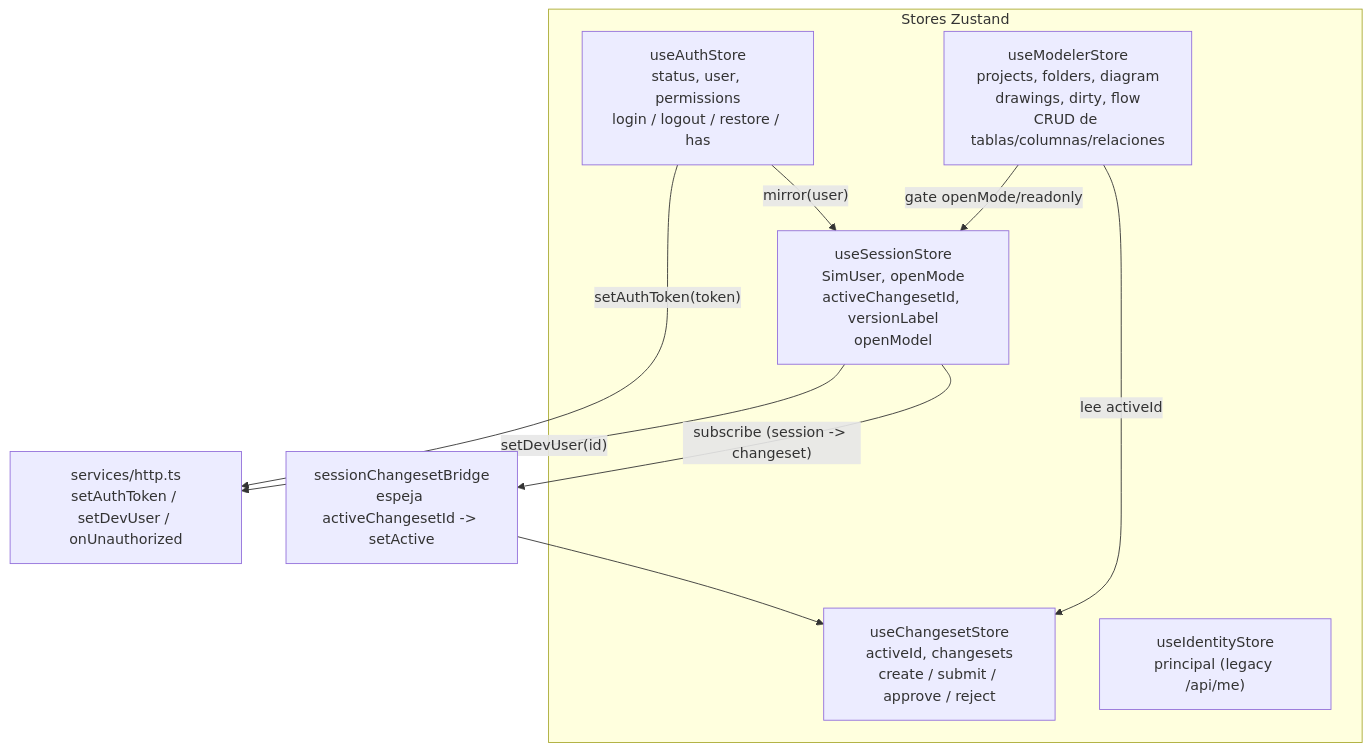
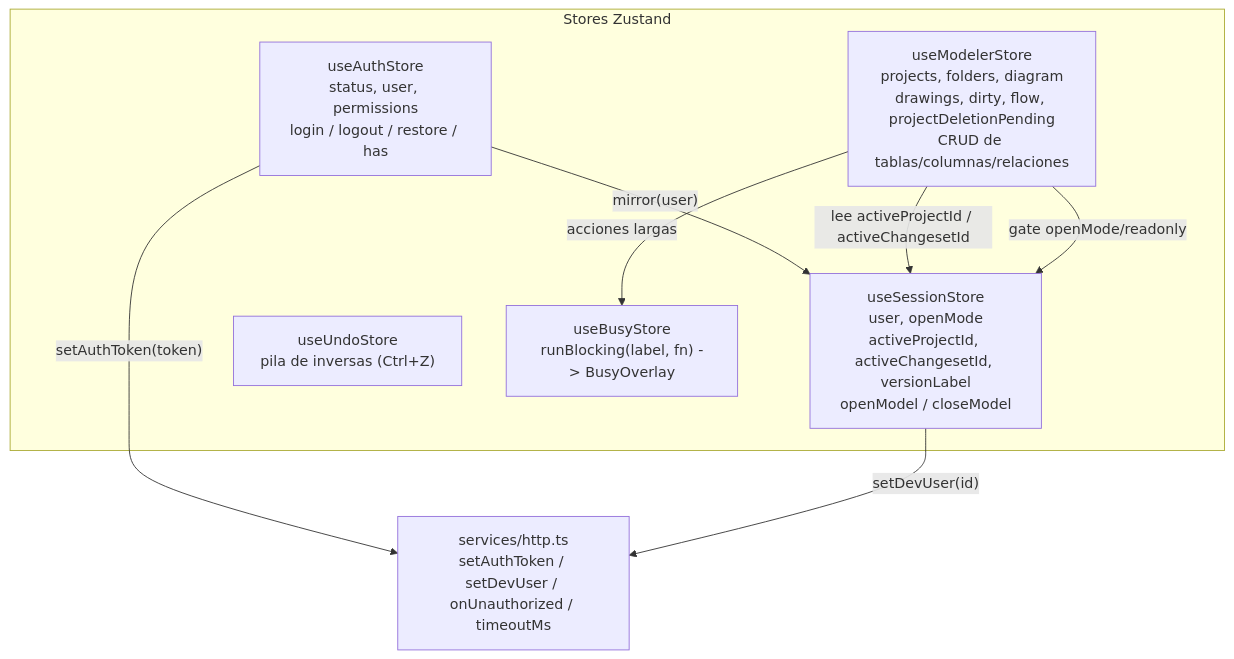
One commit to Carlosmps97/web-data-model-hub changed the first of 5 diagrams in doc/architecture.md. Above: the diagram before and after it, drawn with Mermaid. The commit also changed other lines of this file and 198 other files, not shown here.

````diff
--- a/doc/architecture.md
+++ b/doc/architecture.md
@@ -185,22 +186,19 @@
 ```mermaid
 flowchart TD
   subgraph Stores["Stores Zustand"]
     Auth["useAuthStore<br/>status, user, permissions<br/>login / logout / restore / has"]
-    Session["useSessionStore<br/>SimUser, openMode<br/>activeChangesetId, versionLabel<br/>openModel"]
-    Changeset["useChangesetStore<br/>activeId, changesets<br/>create / submit / approve / reject"]
-    Identity["useIdentityStore<br/>principal (legacy /api/me)"]
-    Modeler["useModelerStore<br/>projects, folders, diagram<br/>drawings, dirty, flow<br/>CRUD de tablas/columnas/relaciones"]
+    Session["useSessionStore<br/>user, openMode<br/>activeProjectId, activeChangesetId, versionLabel<br/>openModel / closeModel"]
+    Modeler["useModelerStore<br/>projects, folders, diagram<br/>drawings, dirty, flow, projectDeletionPending<br/>CRUD de tablas/columnas/relaciones"]
+    Undo["useUndoStore<br/>pila de inversas (Ctrl+Z)"]
+    Busy["useBusyStore<br/>runBlocking(label, fn) -> BusyOverlay"]
   end
 
-  Bridge["sessionChangesetBridge<br/>espeja activeChangesetId -> setActive"]
+  Auth -- "mirror(user)" --> Session
+  Modeler -- "lee activeProjectId / activeChangesetId" --> Session
+  Modeler -- "gate openMode/readonly" --> Session
+  Modeler -- "acciones largas" --> Busy
 
-  Auth -- "mirror(user)" --> Session
-  Session -- "subscribe (session -> changeset)" --> Bridge
-  Bridge --> Changeset
-  Modeler -- "lee activeId" --> Changeset
-  Modeler -- "gate openMode/readonly" --> Session
-
-  Http["services/http.ts<br/>setAuthToken / setDevUser / onUnauthorized"]
+  Http["services/http.ts<br/>setAuthToken / setDevUser / onUnauthorized / timeoutMs"]
   Auth -- "setAuthToken(token)" --> Http
   Session -- "setDevUser(id)" --> Http
 ```
````
